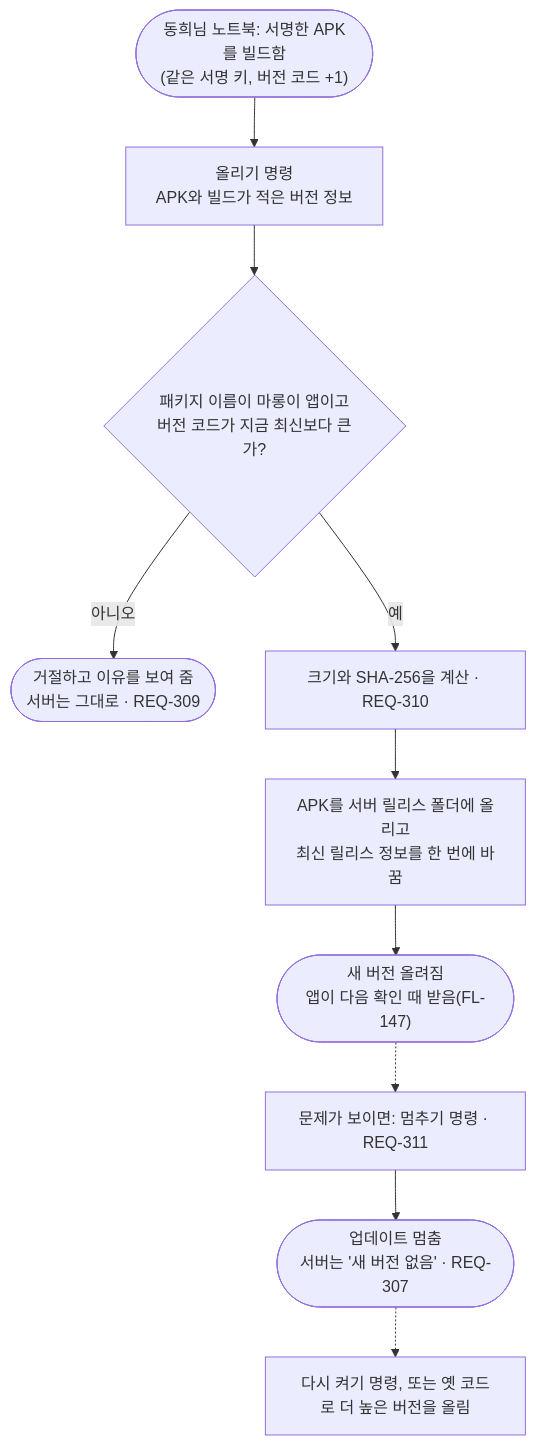
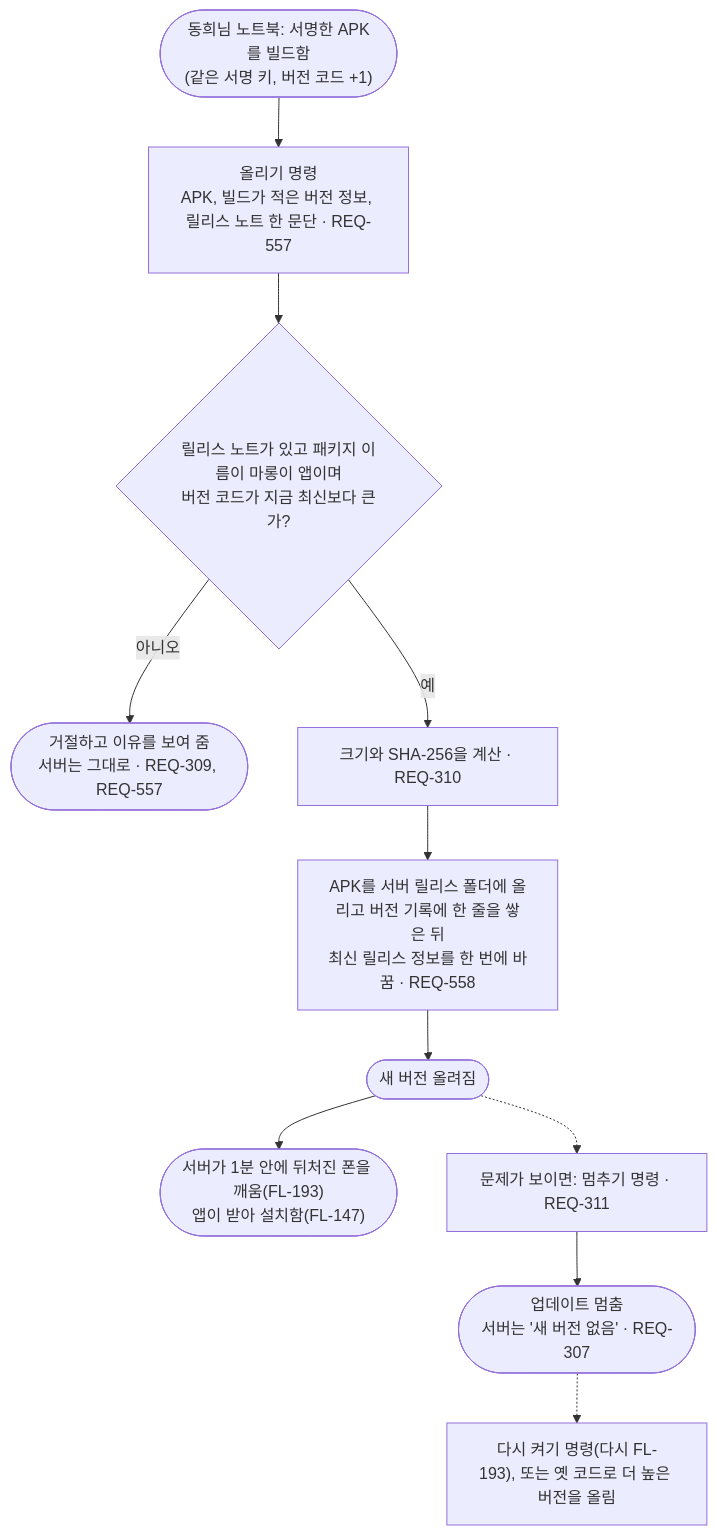
One commit to kodonghui/marong2 changed the diagram in docs/03-user-flow/FL-146-app-release.md. Above: the diagram before and after it, drawn with Mermaid. The commit also changed other lines of this file and 17 other files, not shown here.

````diff
--- a/docs/03-user-flow/FL-146-app-release.md
+++ b/docs/03-user-flow/FL-146-app-release.md
@@ -7,12 +9,13 @@
 ```mermaid
 flowchart TD
-  A(["동희님 노트북: 서명한 APK를 빌드함<br/>(같은 서명 키, 버전 코드 +1)"]) --> B["올리기 명령<br/>APK와 빌드가 적은 버전 정보"]
-  B --> C{"패키지 이름이 마롱이 앱이고<br/>버전 코드가 지금 최신보다 큰가?"}
-  C -->|아니오| C1(["거절하고 이유를 보여 줌<br/>서버는 그대로 · REQ-309"])
+  A(["동희님 노트북: 서명한 APK를 빌드함<br/>(같은 서명 키, 버전 코드 +1)"]) --> B["올리기 명령<br/>APK, 빌드가 적은 버전 정보, 릴리스 노트 한 문단 · REQ-557"]
+  B --> C{"릴리스 노트가 있고 패키지 이름이 마롱이 앱이며<br/>버전 코드가 지금 최신보다 큰가?"}
+  C -->|아니오| C1(["거절하고 이유를 보여 줌<br/>서버는 그대로 · REQ-309, REQ-557"])
   C -->|예| D["크기와 SHA-256을 계산 · REQ-310"]
-  D --> E["APK를 서버 릴리스 폴더에 올리고<br/>최신 릴리스 정보를 한 번에 바꿈"]
-  E --> F(["새 버전 올려짐<br/>앱이 다음 확인 때 받음(FL-147)"])
+  D --> E["APK를 서버 릴리스 폴더에 올리고 버전 기록에 한 줄을 쌓은 뒤<br/>최신 릴리스 정보를 한 번에 바꿈 · REQ-558"]
+  E --> F(["새 버전 올려짐"])
+  F --> F1(["서버가 1분 안에 뒤처진 폰을 깨움(FL-193)<br/>앱이 받아 설치함(FL-147)"])
   F -.-> G["문제가 보이면: 멈추기 명령 · REQ-311"]
   G --> H(["업데이트 멈춤<br/>서버는 '새 버전 없음' · REQ-307"])
-  H -.-> I["다시 켜기 명령, 또는 옛 코드로 더 높은 버전을 올림"]
+  H -.-> I["다시 켜기 명령(다시 FL-193), 또는 옛 코드로 더 높은 버전을 올림"]
 ```
````
